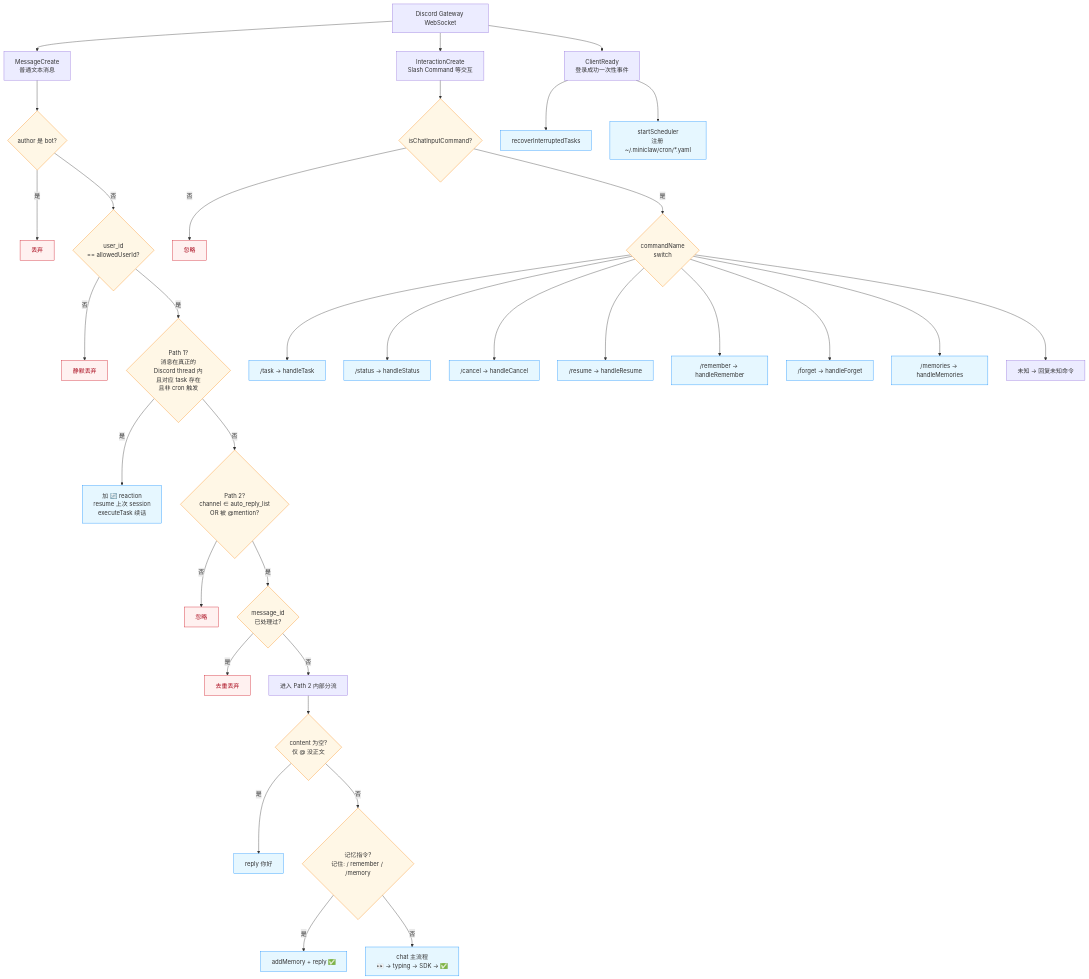
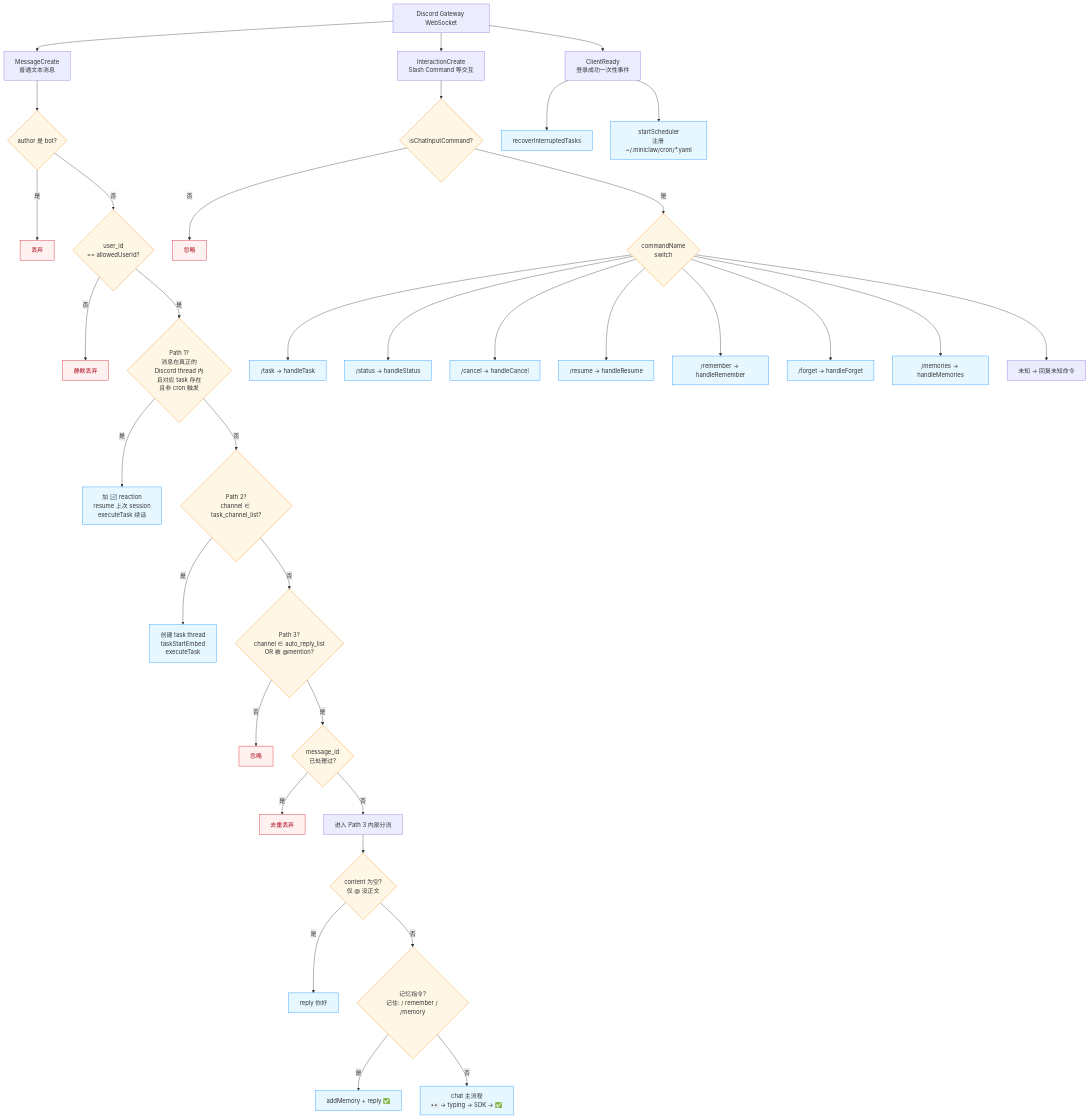
Before and after one commit to yuanyunfan/miniclaw: the diagram in docs/bot-routing.md, drawn with Mermaid. The commit also changed other lines of this file and 8 other files, not shown here.

````diff
--- a/docs/bot-routing.md
+++ b/docs/bot-routing.md
@@ -10,49 +10,51 @@
 ```mermaid
 flowchart TD
     Discord[Discord Gateway WebSocket]
 
     Discord --> ME[MessageCreate<br/>普通文本消息]
     Discord --> IC[InteractionCreate<br/>Slash Command 等交互]
     Discord --> CR[ClientReady<br/>登录成功一次性事件]
 
     ME --> F1{author 是 bot?}
     F1 -->|是| X1[丢弃]
     F1 -->|否| F2{"user_id<br/>== allowedUserId?"}
     F2 -->|否| X2[静默丢弃]
     F2 -->|是| P1{"Path 1?<br/>消息在真正的<br/>Discord thread 内<br/>且对应 task 存在<br/>且非 cron 触发"}
 
     P1 -->|是| RES[加 🔄 reaction<br/>resume 上次 session<br/>executeTask 续话]
-    P1 -->|否| F3{"Path 2?<br/>channel ∈ auto_reply_list<br/>OR 被 @mention?"}
+    P1 -->|否| TCH{"Path 2?<br/>channel ∈ task_channel_list?"}
+    TCH -->|是| TASKMSG[创建 task thread<br/>taskStartEmbed<br/>executeTask]
+    TCH -->|否| F3{"Path 3?<br/>channel ∈ auto_reply_list<br/>OR 被 @mention?"}
     F3 -->|否| X3[忽略]
     F3 -->|是| F4{"message_id<br/>已处理过?"}
     F4 -->|是| X4[去重丢弃]
-    F4 -->|否| ROUTE[进入 Path 2 内部分流]
+    F4 -->|否| ROUTE[进入 Path 3 内部分流]
 
     ROUTE --> R0{"content 为空?<br/>仅 @ 没正文"}
     R0 -->|是| GREET[reply 你好]
     R0 -->|否| R1{"记忆指令?<br/>记住: / remember / /memory"}
     R1 -->|是| MEM[addMemory + reply ✅]
     R1 -->|否| CHAT[chat 主流程<br/>👀 → typing → SDK → ✅]
 
     IC --> IS{isChatInputCommand?}
     IS -->|否| X5[忽略]
     IS -->|是| SW{"commandName<br/>switch"}
     SW --> T["/task → handleTask"]
     SW --> S["/status → handleStatus"]
     SW --> C["/cancel → handleCancel"]
     SW --> RS["/resume → handleResume"]
     SW --> RM["/remember → handleRemember"]
     SW --> FG["/forget → handleForget"]
     SW --> MM["/memories → handleMemories"]
     SW --> UN["未知 → 回复未知命令"]
 
     CR --> RECOV[recoverInterruptedTasks]
     CR --> SCHED[startScheduler<br/>注册 ~/.miniclaw/cron/*.yaml]
 
     classDef filter fill:#fff7e6,stroke:#fa8c16
     classDef route fill:#e6f7ff,stroke:#1890ff
     classDef drop fill:#fff1f0,stroke:#cf1322,color:#a8071a
-    class F1,F2,F3,F4,P1,R0,R1,IS,SW filter
-    class CHAT,RES,MEM,GREET,T,S,C,RS,RM,FG,MM,RECOV,SCHED route
+    class F1,F2,F3,F4,P1,TCH,R0,R1,IS,SW filter
+    class CHAT,RES,TASKMSG,MEM,GREET,T,S,C,RS,RM,FG,MM,RECOV,SCHED route
     class X1,X2,X3,X4,X5 drop
 ```
````
